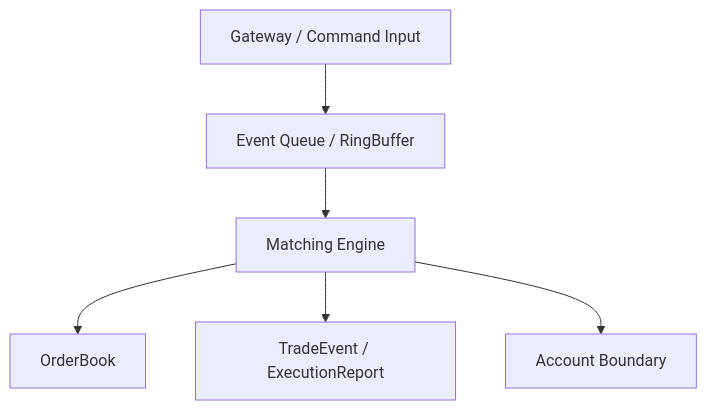
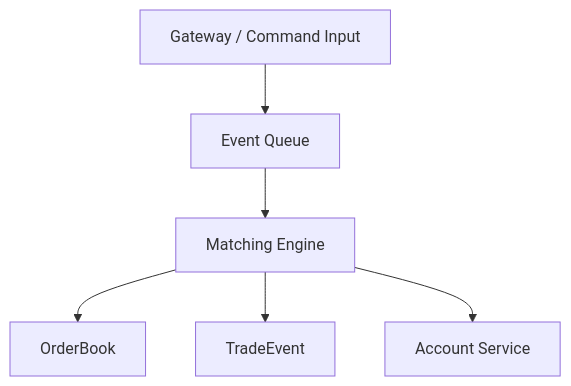
Before and after one commit to web3engineereth-coder/OmniMatch-Kernel: the first of 3 diagrams in README.md, drawn with Mermaid. The commit also changed other lines of this file and 6 other files, not shown here.

````diff
--- a/README.md
+++ b/README.md
@@ -30,8 +19,8 @@
 ```mermaid
 graph TD
-    A[Gateway / Command Input] --> B[Event Queue / RingBuffer]
+    A[Gateway / Command Input] --> B[Event Queue]
     B --> C[Matching Engine]
     C --> D[OrderBook]
-    C --> E[TradeEvent / ExecutionReport]
-    C --> F[Account Boundary]
+    C --> E[TradeEvent]
+    C --> F[Account Service]
 ```
````
